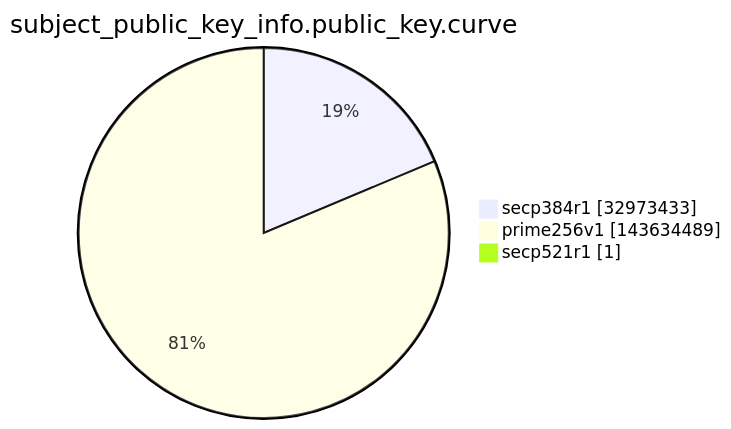
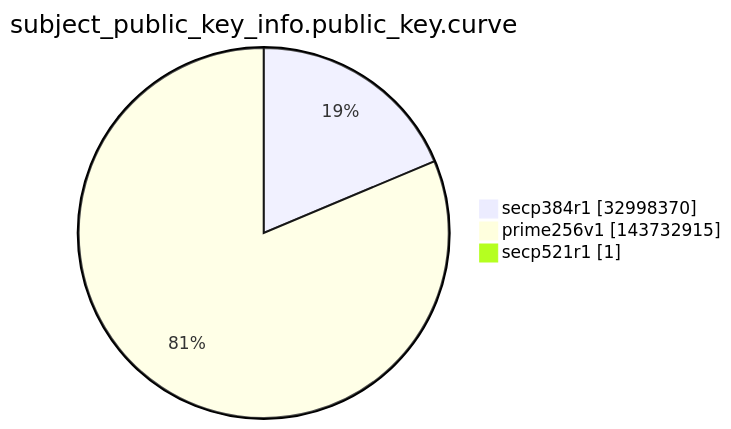
One commit to christiankrug/ctmonitor_visualization changed the ninth of 15 diagrams in argon2022/README.md. Above: the diagram before and after it, drawn with Mermaid. The commit also changed other lines of this file, not shown here.

````diff
--- a/argon2022/README.md
+++ b/argon2022/README.md
@@ -2764,7 +2764,7 @@
 ```mermaid
 pie showData
 title subject_public_key_info.public_key.curve
-"secp384r1" :32973433
-"prime256v1" :143634489
+"secp384r1" :32998370
+"prime256v1" :143732915
 "secp521r1" :1
 ```
````
